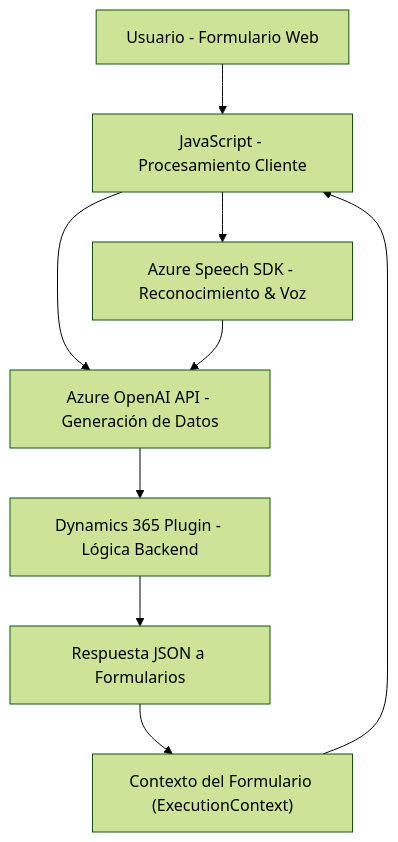
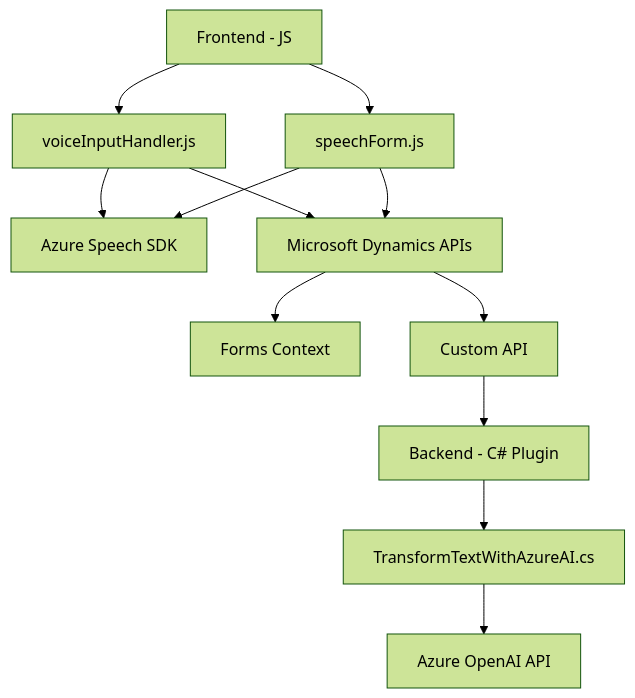
One commit to blopezdm/NETCORE_BILBAO2025 changed the diagram in README.md. Above: the diagram before and after it, drawn with Mermaid (forest theme). The commit also changed other lines of this file, not shown here.

````diff
--- a/README.md
+++ b/README.md
@@ -51,19 +45,25 @@
 ```mermaid
 graph TD
-    A["Usuario - Formulario Web"]
-    B["JavaScript - Procesamiento Cliente"]
-    C["Azure Speech SDK - Reconocimiento & Voz"]
-    D["Azure OpenAI API - Generación de Datos"]
-    E["Dynamics 365 Plugin - Lógica Backend"]
-    F["Contexto del Formulario (ExecutionContext)"]
-    G["Respuesta JSON a Formularios"]
-    
-    A --> B
-    F --> B
-    B --> C
-    B --> D
-    C --> D
-    D --> E
-    E --> G
-    G --> F
+    A["Frontend - JS"]
+    A1["voiceInputHandler.js"]
+    A2["speechForm.js"]
+    A3["Azure Speech SDK"]
+    B["Microsoft Dynamics APIs"]
+    B1["Forms Context"]
+    B2["Custom API"]
+    C["Backend - C# Plugin"]
+    C1["TransformTextWithAzureAI.cs"]
+    C2["Azure OpenAI API"]
+
+    A --> A1
+    A --> A2
+    A1 --> A3
+    A2 --> A3
+    A1 --> B
+    A2 --> B
+    B --> B1
+    B --> B2
+    B2 --> C
+    C --> C1
+    C1 --> C2
 ```
````
